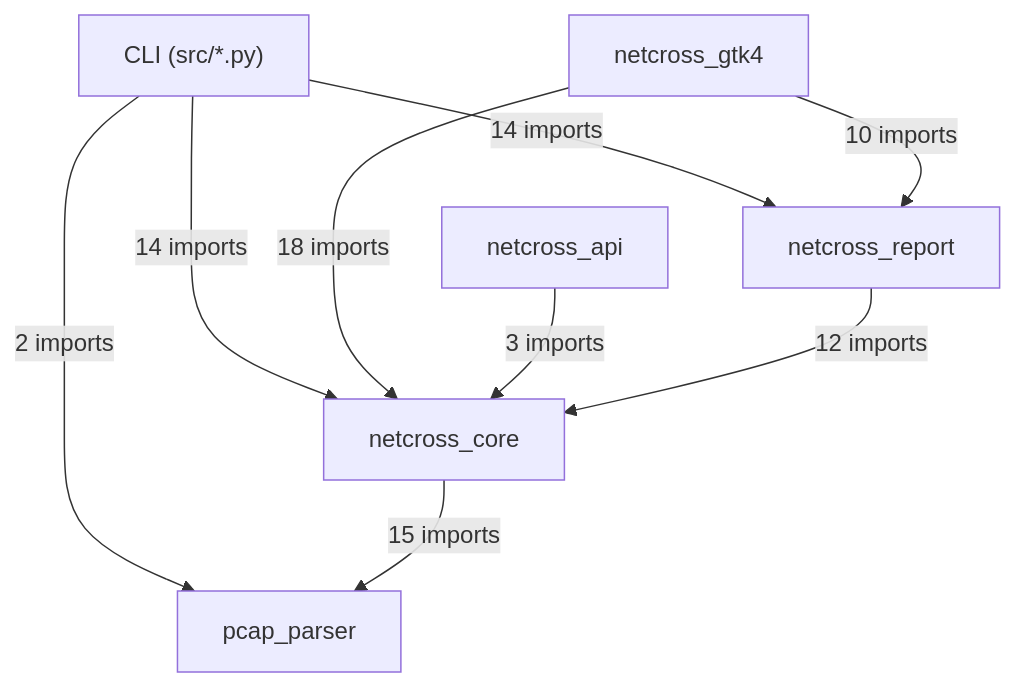
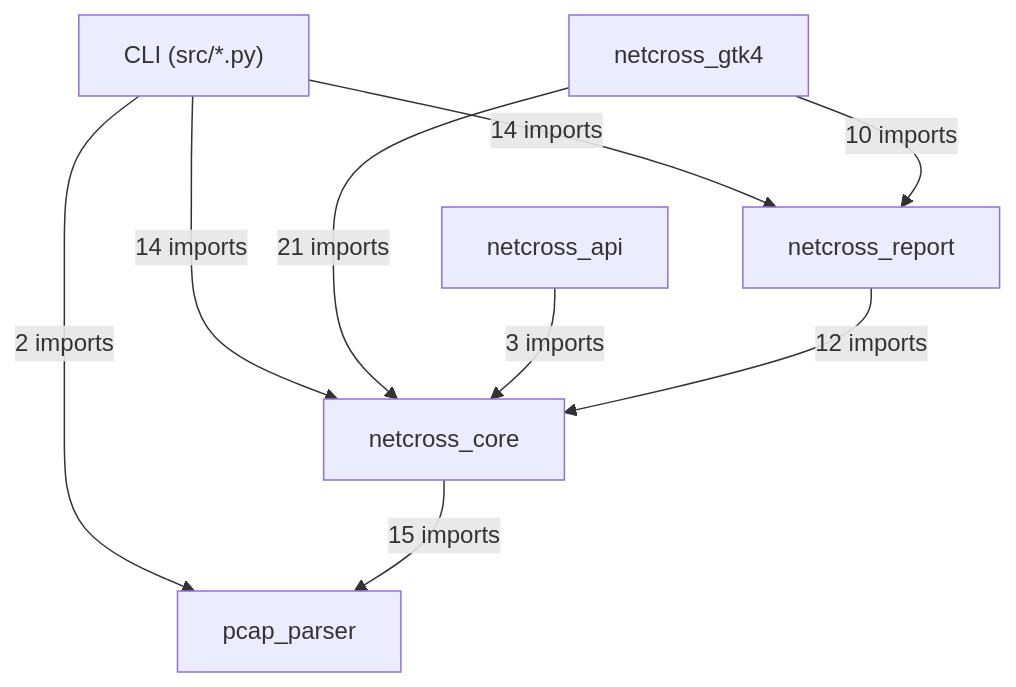
One commit to MathildeDec/Netcross changed the first of 16 diagrams in docs/class-diagram.md. Above: the diagram before and after it, drawn with Mermaid. The commit also changed other lines of this file and 4 other files, not shown here.

````diff
--- a/docs/class-diagram.md
+++ b/docs/class-diagram.md
@@ -26,17 +26,17 @@
 ```mermaid
 flowchart TD
     CLI["CLI (src/*.py)"]
     netcross_gtk4["netcross_gtk4"]
     netcross_api["netcross_api"]
     netcross_report["netcross_report"]
     netcross_core["netcross_core"]
     pcap_parser["pcap_parser"]
     CLI -->|"14 imports"| netcross_report
     CLI -->|"14 imports"| netcross_core
     CLI -->|"2 imports"| pcap_parser
     netcross_gtk4 -->|"10 imports"| netcross_report
-    netcross_gtk4 -->|"18 imports"| netcross_core
+    netcross_gtk4 -->|"21 imports"| netcross_core
     netcross_api -->|"3 imports"| netcross_core
     netcross_report -->|"12 imports"| netcross_core
     netcross_core -->|"15 imports"| pcap_parser
 ```
````
